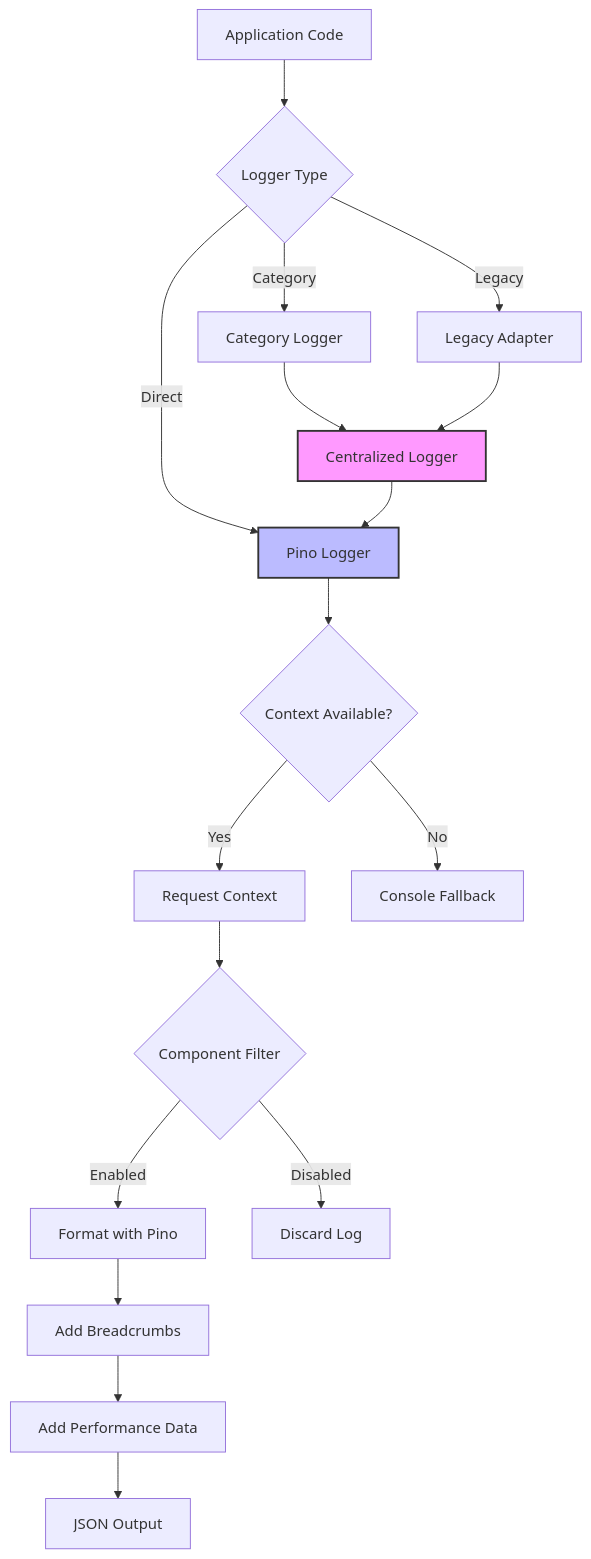
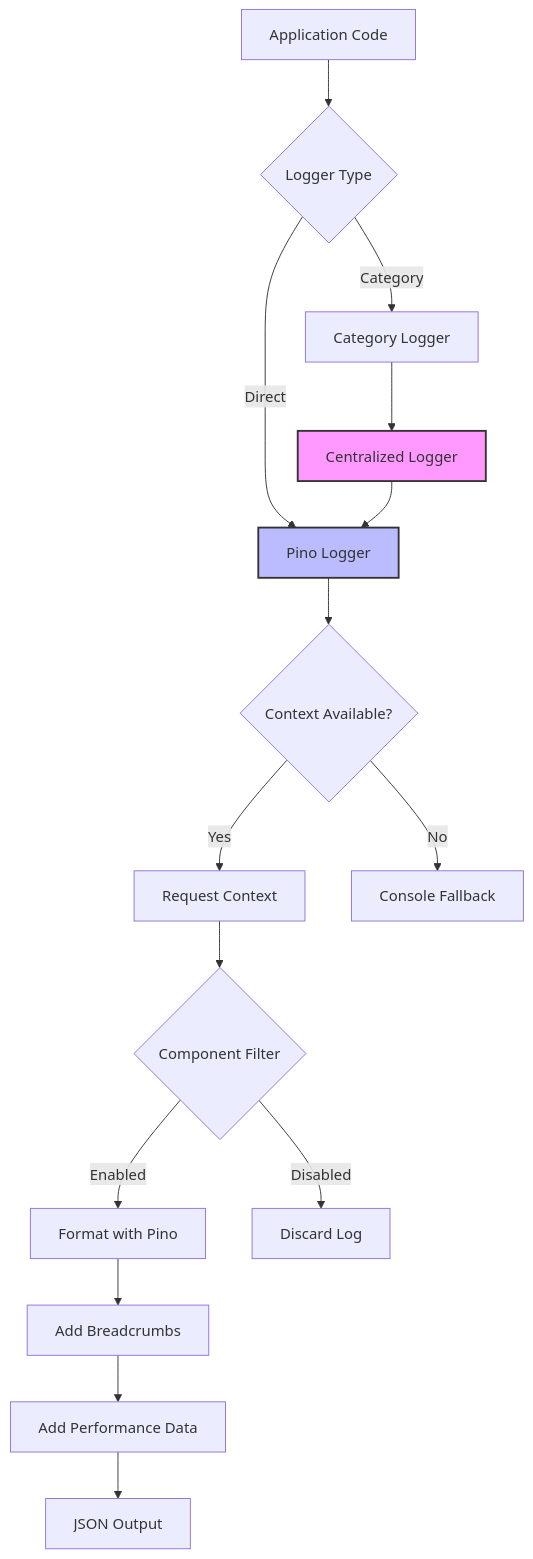
Before and after one commit to erfianugrah/video-resizer: the diagram in docs/features/logging.md, drawn with Mermaid. The commit also changed other lines of this file and 26 other files, not shown here.

````diff
--- a/docs/features/logging.md
+++ b/docs/features/logging.md
@@ -38,26 +39,24 @@
 ```mermaid
 flowchart TD
     A[Application Code] --> B{Logger Type}
     B -->|Direct| C[Pino Logger]
     B -->|Category| D[Category Logger]
-    B -->|Legacy| E[Legacy Adapter]
-    
+
     D --> F[Centralized Logger]
-    E --> F
     F --> C
-    
+
     C --> G{Context Available?}
     G -->|Yes| H[Request Context]
     G -->|No| I[Console Fallback]
-    
+
     H --> J{Component Filter}
     J -->|Enabled| K[Format with Pino]
     J -->|Disabled| X[Discard Log]
-    
+
     K --> L[Add Breadcrumbs]
     L --> M[Add Performance Data]
     M --> N[JSON Output]
-    
+
     style F fill:#f9f,stroke:#333,stroke-width:2px
     style C fill:#bbf,stroke:#333,stroke-width:2px
 ```
````
